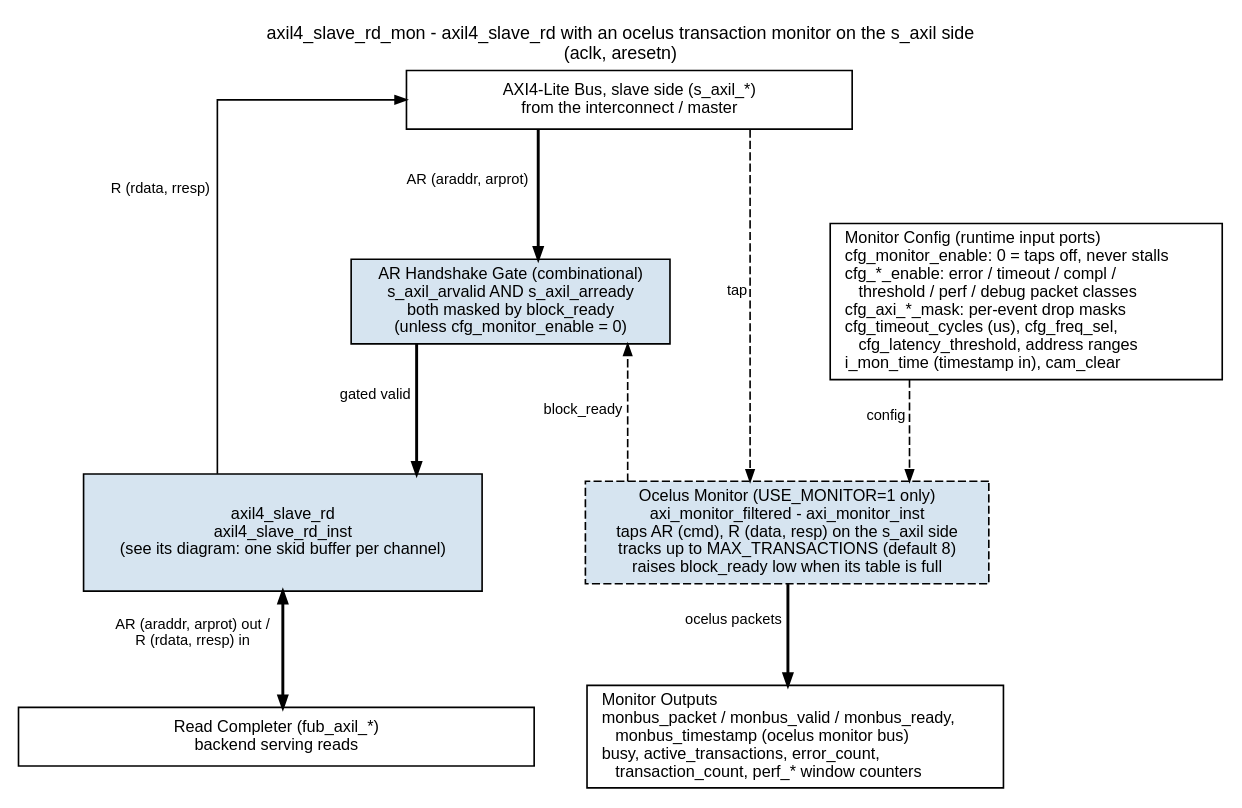
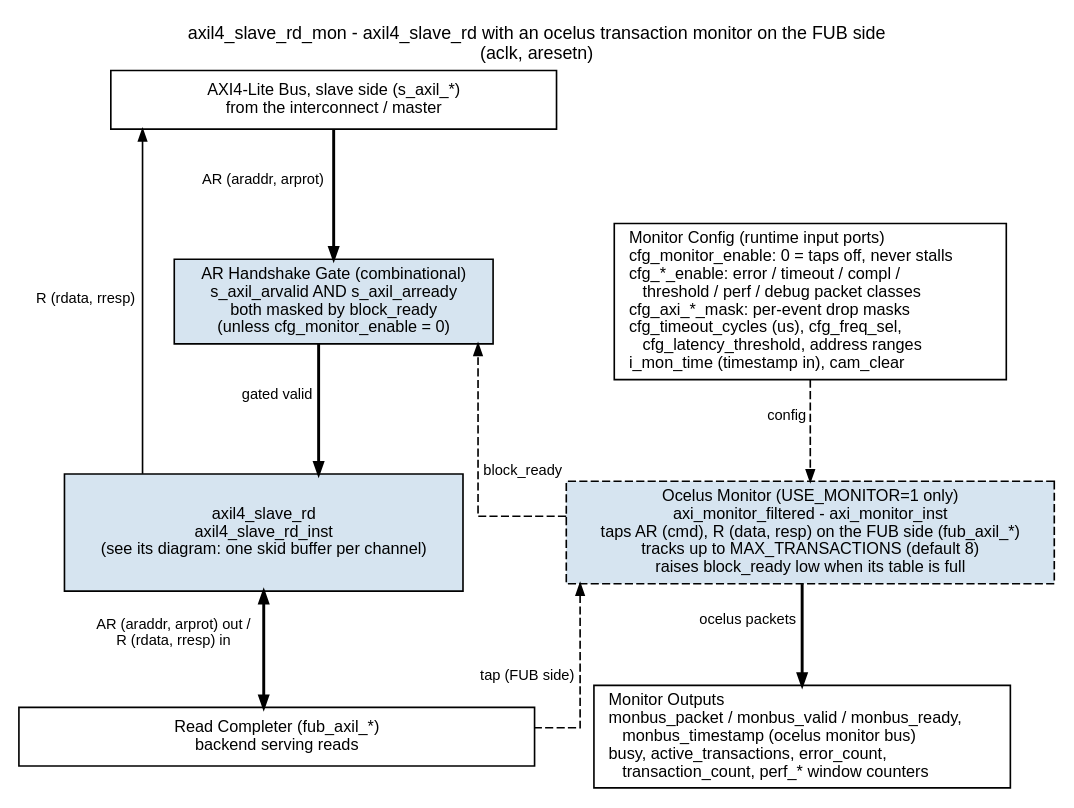
One commit to sean-galloway/RTLDesignSherpa changed the diagram in docs/markdown/assets/rtl-amba/graphviz/axil4_slave_rd_mon.dot. Above: the diagram before and after it, drawn with Graphviz. The commit also changed 118 other files, not shown here.

First line of the commit message:
fix(amba): monitors tap the FUB side; consistent busy; EARLY_BURSTS (Fixes #108, Fixes #113)

```diff
--- a/docs/markdown/assets/rtl-amba/graphviz/axil4_slave_rd_mon.dot
+++ b/docs/markdown/assets/rtl-amba/graphviz/axil4_slave_rd_mon.dot
@@ -1,38 +1,38 @@
 // axil4_slave_rd_mon block diagram - house style (vault/handbook/authoring/block-diagrams.md).
 // Variant of axil4_slave_rd: the wrapped module is ONE child box (see its own diagram);
 // only what this wrapper adds is drawn. Generated from the axil4 variant template.
 // Source of truth: rtl/amba/axil4/axil4_slave_rd_mon.sv.
 digraph axil4_slave_rd_mon {
     graph [rankdir=TB, bgcolor="white", fontname="Helvetica", fontsize=11,
            nodesep="0.45", ranksep="0.80", splines=ortho, newrank=true,
-           label="axil4_slave_rd_mon - axil4_slave_rd with an ocelus transaction monitor on the s_axil side\n(aclk, aresetn)",
+           label="axil4_slave_rd_mon - axil4_slave_rd with an ocelus transaction monitor on the FUB side\n(aclk, aresetn)",
            labelloc=t, labeljust=c];
     node  [fontname="Helvetica", fontsize=10, shape=box, style=filled,
            fillcolor="#D6E4F0", color="black", margin="0.12,0.06"];
     edge  [fontname="Helvetica", fontsize=9, color="black", arrowsize=0.7];
 
     top   [label="AXI4-Lite Bus, slave side (s_axil_*)\nfrom the interconnect / master", fillcolor="white", width=3.8];
     child [label="axil4_slave_rd\naxil4_slave_rd_inst\n(see its diagram: one skid buffer per channel)", width=3.4, height=1.0];
     bot   [label="Read Completer (fub_axil_*)\nbackend serving reads", fillcolor="white", width=4.4];
 
     mcfg  [label="Monitor Config (runtime input ports)\lcfg_monitor_enable: 0 = taps off, never stalls\lcfg_*_enable: error / timeout / compl /\l    threshold / perf / debug packet classes\lcfg_axi_*_mask: per-event drop masks\lcfg_timeout_cycles (us), cfg_freq_sel,\l    cfg_latency_threshold, address ranges\li_mon_time (timestamp in), cam_clear\l", fillcolor="white"];
-    mon   [label="Ocelus Monitor (USE_MONITOR=1 only)\naxi_monitor_filtered - axi_monitor_inst\ntaps AR (cmd), R (data, resp) on the s_axil side\ntracks up to MAX_TRANSACTIONS (default 8)\nraises block_ready low when its table is full", style="filled,dashed"];
+    mon   [label="Ocelus Monitor (USE_MONITOR=1 only)\naxi_monitor_filtered - axi_monitor_inst\ntaps AR (cmd), R (data, resp) on the FUB side (fub_axil_*)\ntracks up to MAX_TRANSACTIONS (default 8)\nraises block_ready low when its table is full", style="filled,dashed"];
     gate  [label="AR Handshake Gate (combinational)\ns_axil_arvalid AND s_axil_arready\nboth masked by block_ready\n(unless cfg_monitor_enable = 0)"];
     mout  [label="Monitor Outputs\lmonbus_packet / monbus_valid / monbus_ready,\l    monbus_timestamp (ocelus monitor bus)\lbusy, active_transactions, error_count,\l    transaction_count, perf_* window counters\l", fillcolor="white"];
     mcfg -> mon [style=dashed, xlabel="config"];
     mon  -> gate [style=dashed, xlabel="block_ready"];
     mon  -> mout [xlabel="ocelus packets", penwidth=1.8];
 
     top  -> gate  [xlabel="AR (araddr, arprot)", penwidth=1.8];
     gate -> child [xlabel="gated valid", penwidth=1.8];
     child -> bot  [dir=both, xlabel="AR (araddr, arprot) out /\nR (rdata, rresp) in", penwidth=1.8];
 
     top -> child [dir=back, xlabel="R (rdata, rresp)", constraint=false];
-    top -> mon [style=dashed, xlabel="tap"];
+    mon -> bot [dir=back, style=dashed, constraint=false, xlabel="tap (FUB side)"];
 
     { rank=same; gate; mcfg; }
     { rank=same; child; mon; }
     child -> mon [style=invis, minlen=2];
     { rank=same; bot; mout; }
     bot -> mout [style=invis];
 }
```
